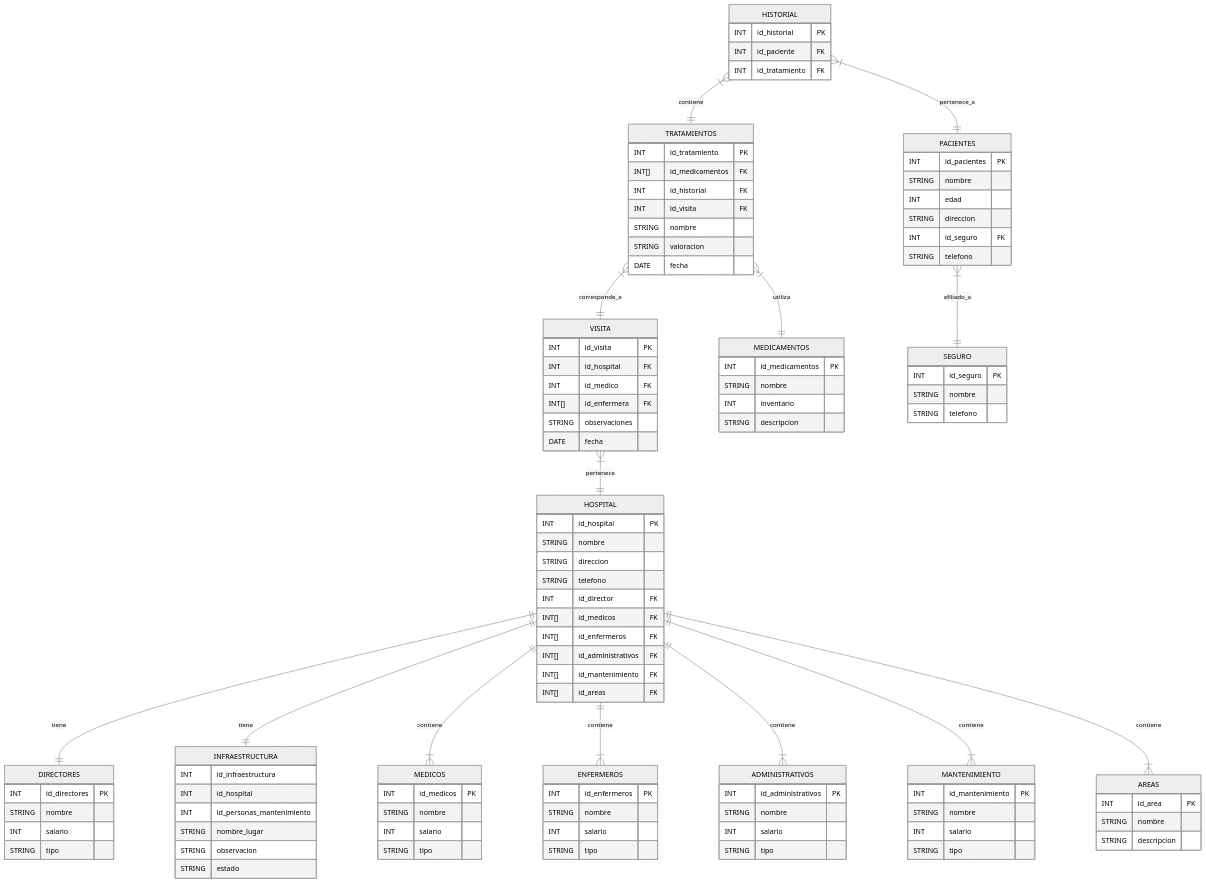
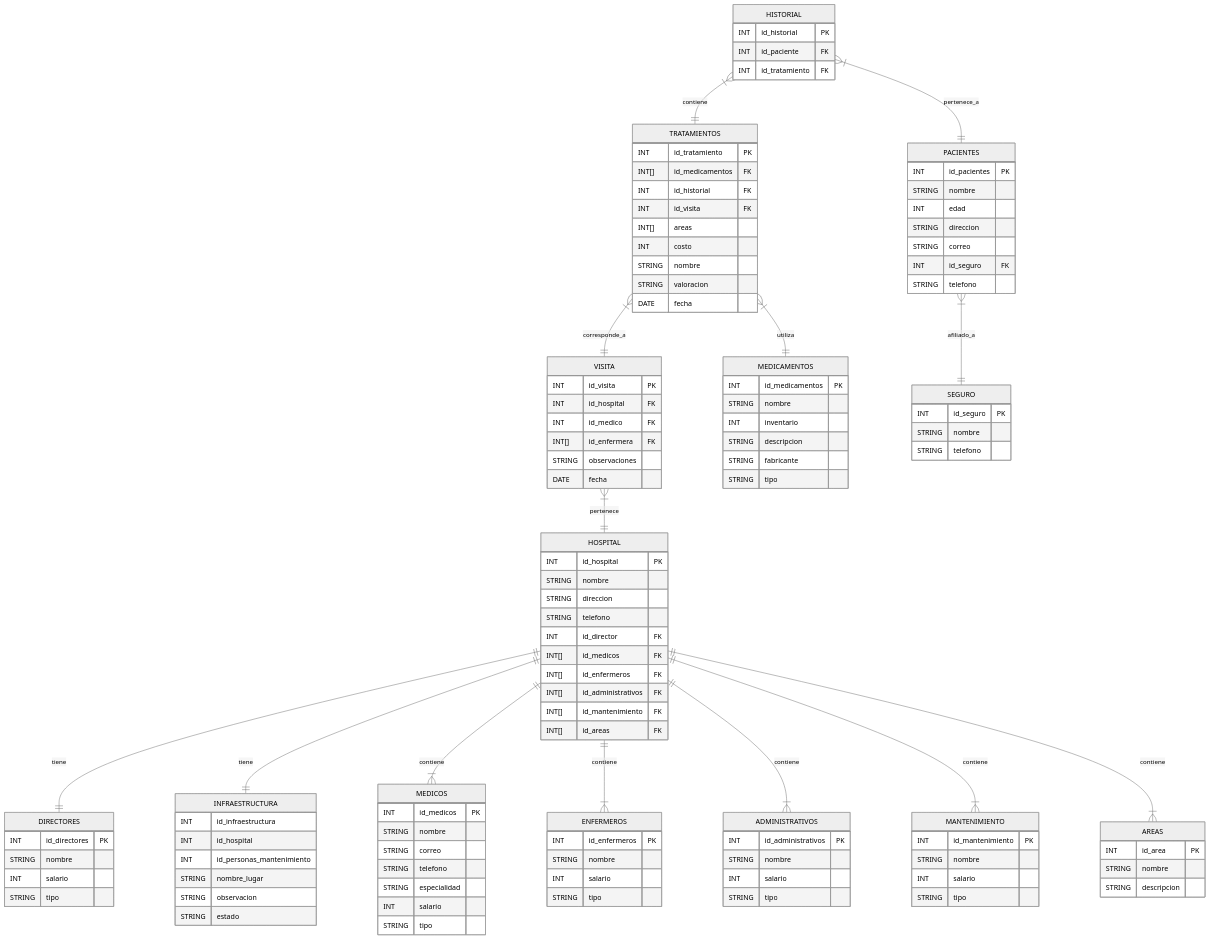
The diagram in README.md (harleyyefreycabralesvargas/Proyecto_MongoDB_CabralesHarley_ChaparroGerson), drawn with Mermaid (neutral theme) before and after one commit. The commit also changed other lines of this file and 1 other file, not shown here.

```diff
--- a/README.md
+++ b/README.md
@@ -948,6 +966,9 @@
 MEDICOS {
         INT id_medicos PK
         STRING nombre
+        STRING correo
+        STRING telefono
+        STRING especialidad
         INT salario
         STRING tipo
     }
@@ -1011,6 +1032,8 @@
         INT[] id_medicamentos FK
         INT id_historial FK
         INT id_visita FK
+        INT[] areas
+        INT costo
         STRING nombre
         STRING valoracion
         DATE fecha
@@ -1020,6 +1043,9 @@
         STRING nombre
         INT inventario
         STRING descripcion
+        STRING fabricante
+        STRING tipo
+
     }
 
     HISTORIAL {
@@ -1033,6 +1059,7 @@
         STRING nombre
         INT edad
         STRING direccion
+        STRING correo
         INT id_seguro FK
         STRING telefono
     }
```
